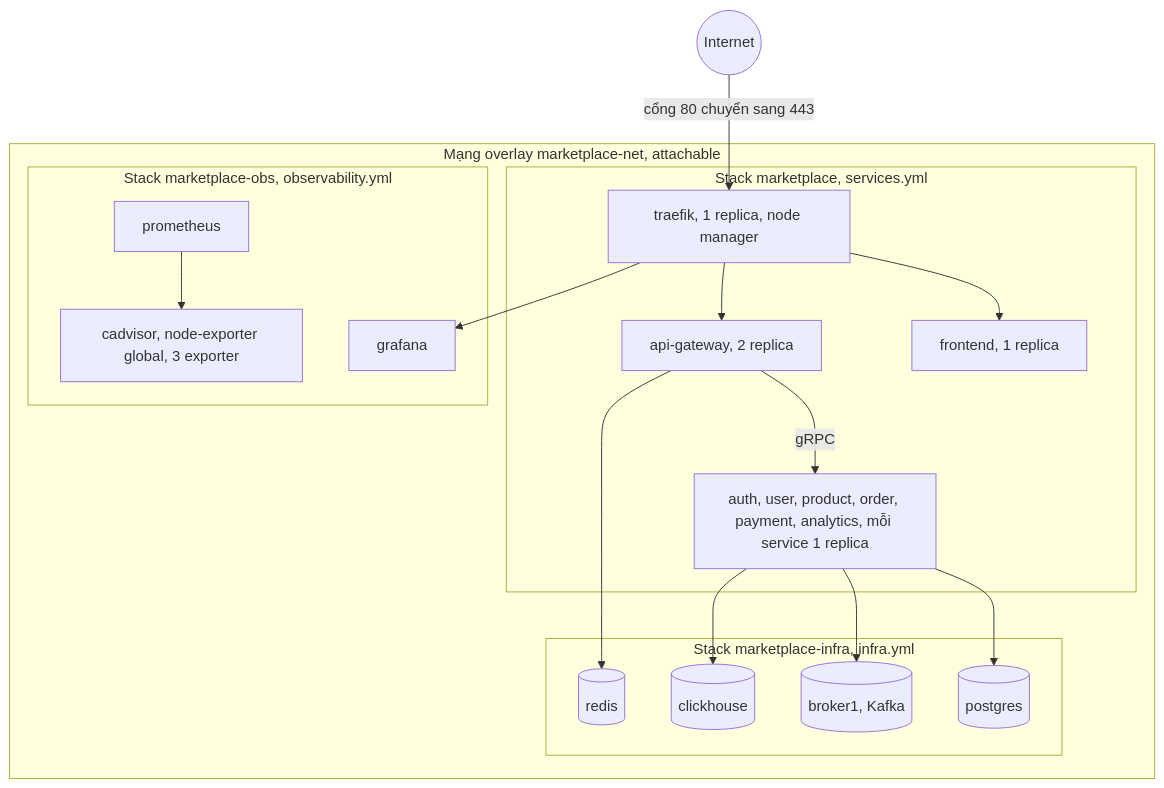
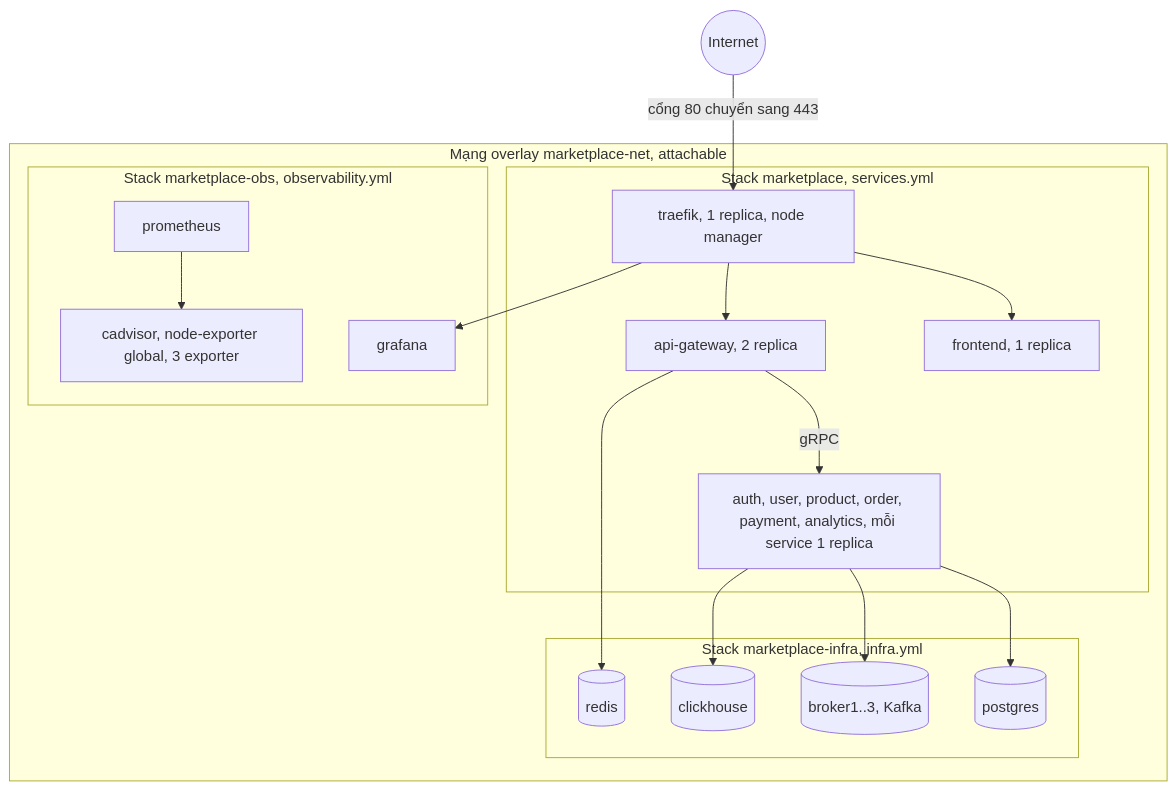
Before and after one commit to khoatran18/mini-marketplace: the first of 2 diagrams in docs/design/platform/08_INFRA_PLAN.md, drawn with Mermaid. The commit also changed other lines of this file and 41 other files, not shown here.

````diff
--- a/docs/design/platform/08_INFRA_PLAN.md
+++ b/docs/design/platform/08_INFRA_PLAN.md
@@ -9,32 +9,32 @@
 ```mermaid
 flowchart TB
   NET(("Internet")) -->|"cổng 80 chuyển sang 443"| TR
   subgraph OVL["Mạng overlay marketplace-net, attachable"]
     subgraph SVC["Stack marketplace, services.yml"]
       TR["traefik, 1 replica, node manager"]
       FE["frontend, 1 replica"]
       GW["api-gateway, 2 replica"]
       GO["auth, user, product, order, payment, analytics, mỗi service 1 replica"]
     end
     subgraph INF["Stack marketplace-infra, infra.yml"]
       PG[("postgres")]
       RD[("redis")]
       CH[("clickhouse")]
-      KF[("broker1, Kafka")]
+      KF[("broker1..3, Kafka")]
     end
     subgraph OBS["Stack marketplace-obs, observability.yml"]
       PM["prometheus"]
       GF["grafana"]
       EXP["cadvisor, node-exporter global, 3 exporter"]
     end
   end
   TR --> FE
   TR --> GW
   TR --> GF
   GW -->|"gRPC"| GO
   GW --> RD
   GO --> PG
   GO --> KF
   GO --> CH
   PM --> EXP
 ```
````
